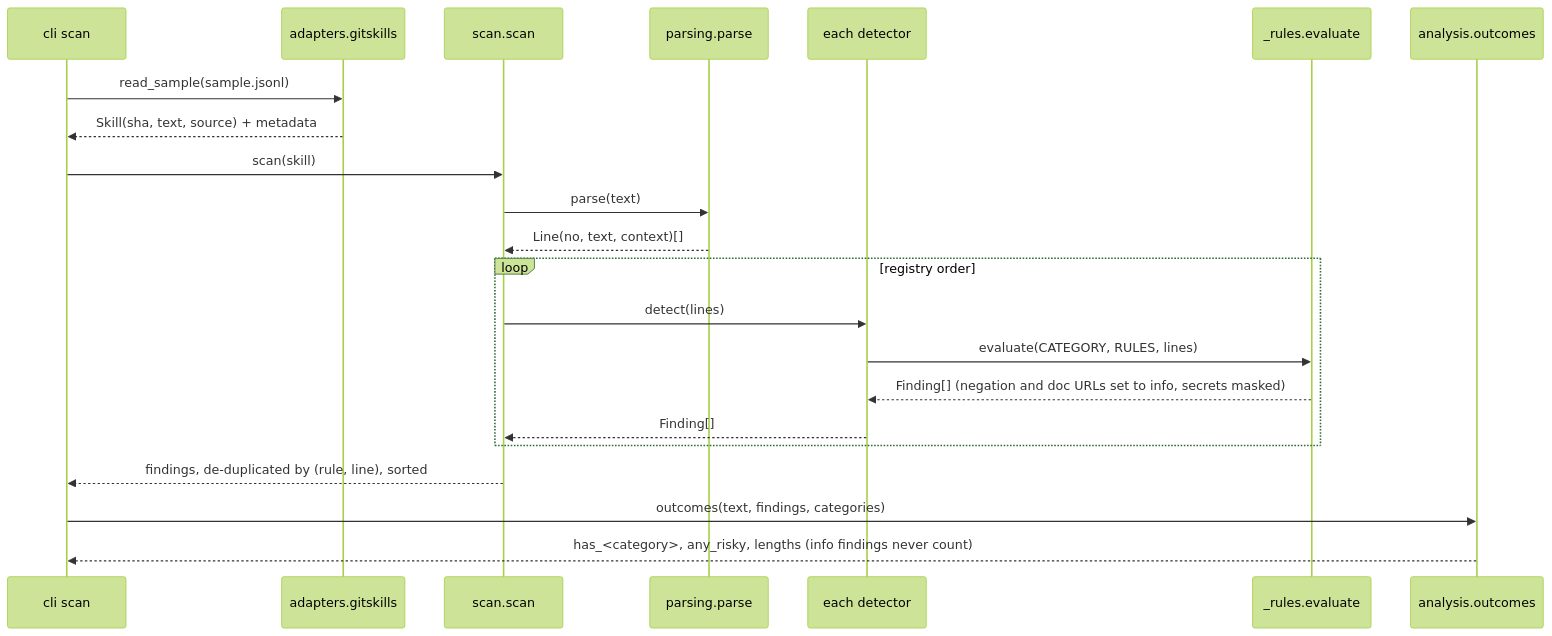
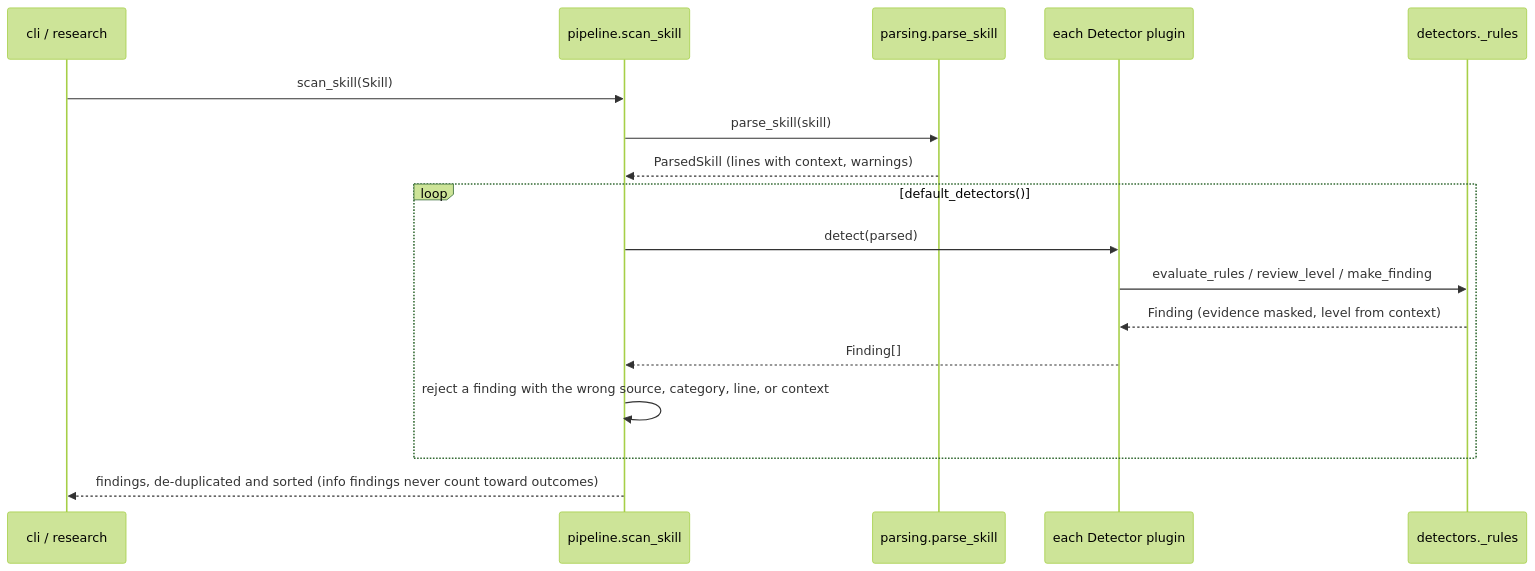
One commit to Ibrahimatatri/SWE-330-and-380 changed the fourth of 4 diagrams in docs/architecture/README.md. Above: the diagram before and after it, drawn with Mermaid (forest theme). The commit also changed other lines of this file and 15 other files, not shown here.

Commit message:
Final architecture views and ADRs 0010-0011

````diff
--- a/docs/architecture/README.md
+++ b/docs/architecture/README.md
@@ -81,24 +87,19 @@
 ```mermaid
 sequenceDiagram
-    participant C as cli scan
-    participant G as adapters.gitskills
-    participant S as scan.scan
-    participant P as parsing.parse
-    participant D as each detector
-    participant R as _rules.evaluate
-    participant A as analysis.outcomes
-    C->>G: read_sample(sample.jsonl)
-    G-->>C: Skill(sha, text, source) + metadata
-    C->>S: scan(skill)
-    S->>P: parse(text)
-    P-->>S: Line(no, text, context)[]
-    loop registry order
-        S->>D: detect(lines)
-        D->>R: evaluate(CATEGORY, RULES, lines)
-        R-->>D: Finding[] (negation and doc URLs set to info, secrets masked)
-        D-->>S: Finding[]
+    participant C as cli / research
+    participant P as pipeline.scan_skill
+    participant R as parsing.parse_skill
+    participant D as each Detector plugin
+    participant E as detectors._rules
+    C->>P: scan_skill(Skill)
+    P->>R: parse_skill(skill)
+    R-->>P: ParsedSkill (lines with context, warnings)
+    loop default_detectors()
+        P->>D: detect(parsed)
+        D->>E: evaluate_rules / review_level / make_finding
+        E-->>D: Finding (evidence masked, level from context)
+        D-->>P: Finding[]
+        P->>P: reject a finding with the wrong source, category, line, or context
     end
-    S-->>C: findings, de-duplicated by (rule, line), sorted
-    C->>A: outcomes(text, findings, categories)
-    A-->>C: has_<category>, any_risky, lengths (info findings never count)
+    P-->>C: findings, de-duplicated and sorted (info findings never count toward outcomes)
 ```
````
